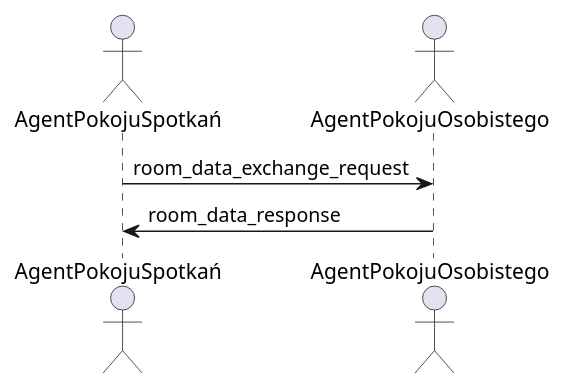
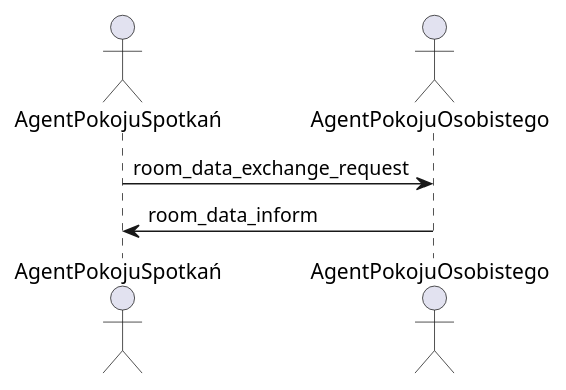
Before and after one commit to michalMilewski-8/SmartBuilding_Agent_MiNI_Project: the diagram in project_description/diagrams_src/WymianaTemperaturyMiędzyPokojami.puml, drawn with PlantUML. The commit also changed 6 other files, not shown here.

```diff
--- a/project_description/diagrams_src/WymianaTemperaturyMiędzyPokojami.puml
+++ b/project_description/diagrams_src/WymianaTemperaturyMiędzyPokojami.puml
@@ -1,7 +1,7 @@
 @startuml
 actor AgentPokojuSpotkań
 actor AgentPokojuOsobistego
 
 AgentPokojuSpotkań -> AgentPokojuOsobistego : room_data_exchange_request
-AgentPokojuOsobistego -> AgentPokojuSpotkań : room_data_response
+AgentPokojuOsobistego -> AgentPokojuSpotkań : room_data_inform
 @enduml
```
